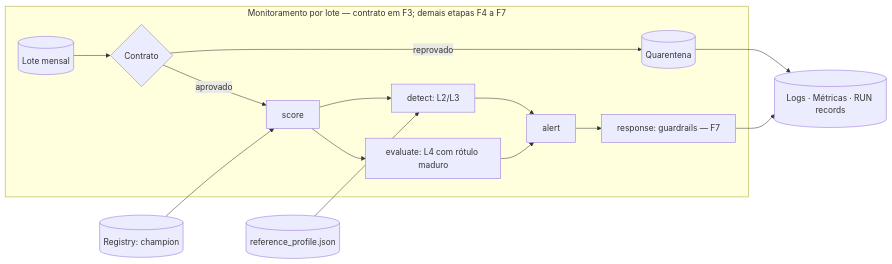
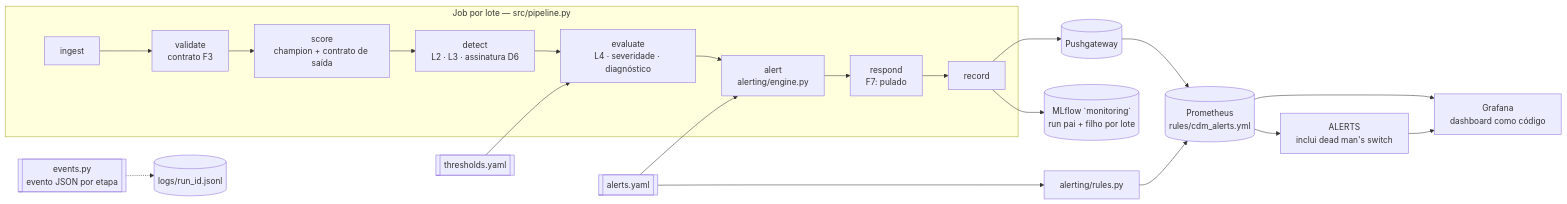
Before and after one commit to NycolasGarcia/Credit-Scoring-Drift-Monitoring: the sixth of 6 diagrams in docs/ARCHITECTURE.md, drawn with Mermaid. The commit also changed other lines of this file and 5 other files, not shown here.

````diff
--- a/docs/ARCHITECTURE.md
+++ b/docs/ARCHITECTURE.md
@@ -126,17 +128,22 @@
 ```mermaid
 flowchart LR
-    subgraph Monitoramento [Monitoramento por lote — contrato em F3; demais etapas F4 a F7]
-        B[(Lote mensal)] --> V{Contrato}
-        V -- reprovado --> Q[(Quarentena)]
-        V -- aprovado --> S[score]
-        S --> D[detect: L2/L3]
-        S --> E[evaluate: L4 com rótulo maduro]
-        D --> A[alert]
-        E --> A
-        A --> G[response: guardrails — F7]
+    subgraph Job [Job por lote — src/pipeline.py]
+        I[ingest] --> V[validate<br/>contrato F3]
+        V --> S[score<br/>champion + contrato de saída]
+        S --> D[detect<br/>L2 · L3 · assinatura D6]
+        D --> E[evaluate<br/>L4 · severidade · diagnóstico]
+        E --> A[alert<br/>alerting/engine.py]
+        A --> R[respond<br/>F7: pulado]
+        R --> REC[record]
     end
-    M[(Registry: champion)] --> S
-    P[(reference_profile.json)] --> D
-    G --> O[(Logs · Métricas · RUN records)]
-    Q --> O
+    EV[[events.py<br/>evento JSON por etapa]] -.-> LOG[(logs/run_id.jsonl)]
+    REC --> PGW[(Pushgateway)]
+    REC --> MLF[(MLflow `monitoring`<br/>run pai + filho por lote)]
+    PGW --> PROM[(Prometheus<br/>rules/cdm_alerts.yml)]
+    PROM --> GRAF[Grafana<br/>dashboard como código]
+    PROM --> ALR[ALERTS<br/>inclui dead man's switch]
+    ALR --> GRAF
+    TH[[thresholds.yaml]] --> E
+    AY[[alerts.yaml]] --> A
+    AY --> RULES[alerting/rules.py] --> PROM
 ```
````
